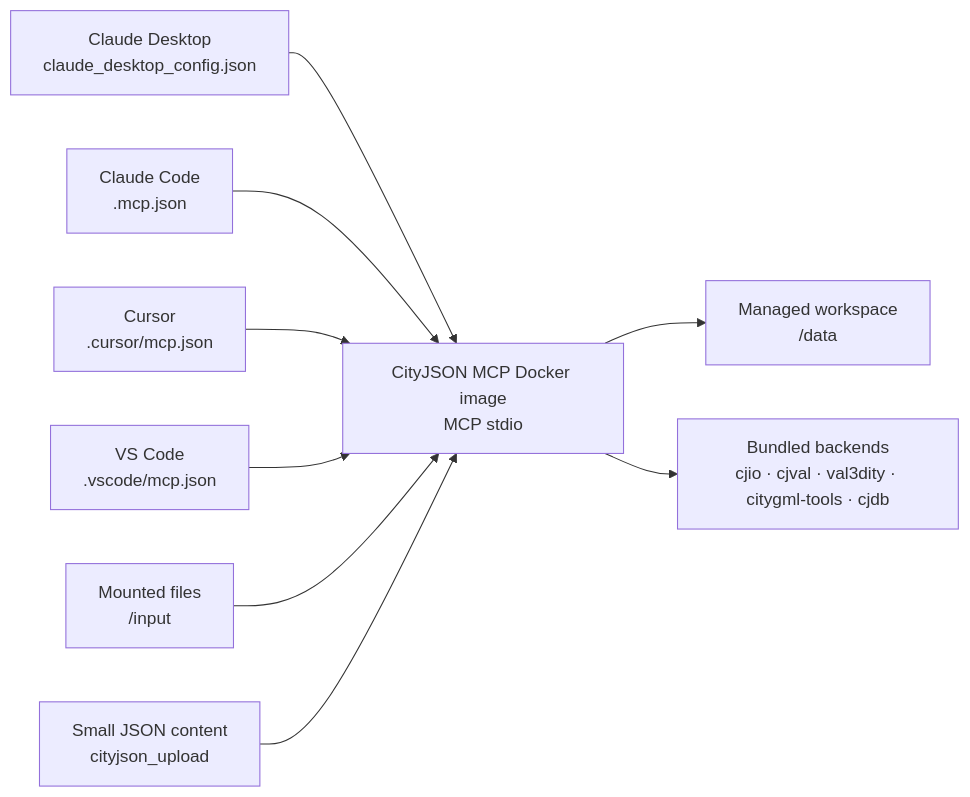
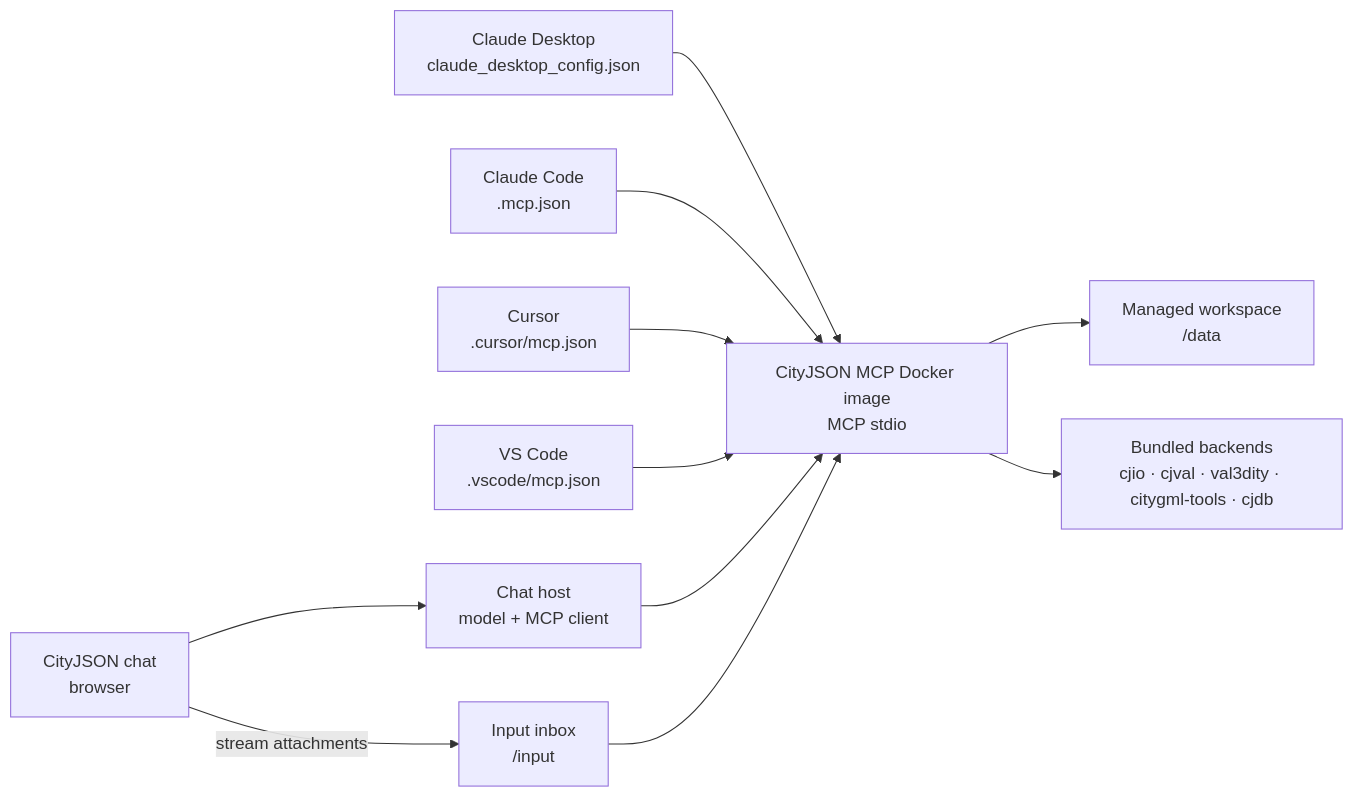
The third of 4 diagrams in README.md (Yarroudh/cityjson-mcp), drawn with Mermaid before and after one commit. The commit also changed other lines of this file and 30 other files, not shown here.

````diff
--- a/README.md
+++ b/README.md
@@ -427,21 +472,24 @@
 ```mermaid
 flowchart LR
   CLAUDE["Claude Desktop<br/>claude_desktop_config.json"]
   CLAUDECODE["Claude Code<br/>.mcp.json"]
   CURSOR["Cursor<br/>.cursor/mcp.json"]
   VSCODE["VS Code<br/>.vscode/mcp.json"]
+  WEB["CityJSON chat<br/>browser"]
+  HOST["Chat host<br/>model + MCP client"]
   DOCKER["CityJSON MCP Docker image<br/>MCP stdio"]
-  INPUT["Mounted files<br/>/input"]
-  UPLOAD["Small JSON content<br/>cityjson_upload"]
+  INPUT["Input inbox<br/>/input"]
   WS["Managed workspace<br/>/data"]
   TOOLS["Bundled backends<br/>cjio · cjval · val3dity · citygml-tools · cjdb"]
 
   CLAUDE --> DOCKER
   CLAUDECODE --> DOCKER
   CURSOR --> DOCKER
   VSCODE --> DOCKER
+  WEB -->|stream attachments| INPUT
+  WEB --> HOST
+  HOST --> DOCKER
   INPUT --> DOCKER
-  UPLOAD --> DOCKER
   DOCKER --> WS
   DOCKER --> TOOLS
 ```
````
